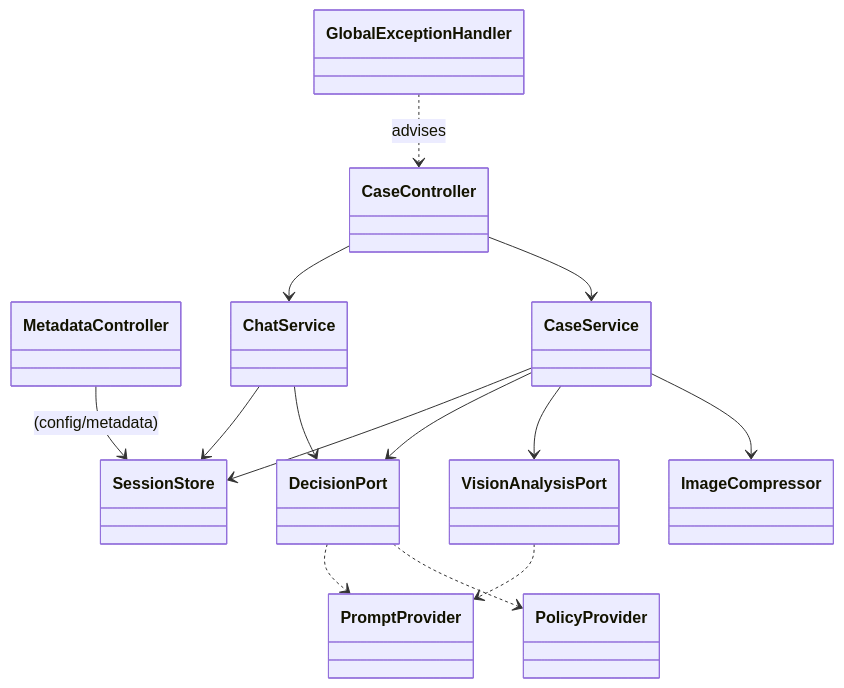
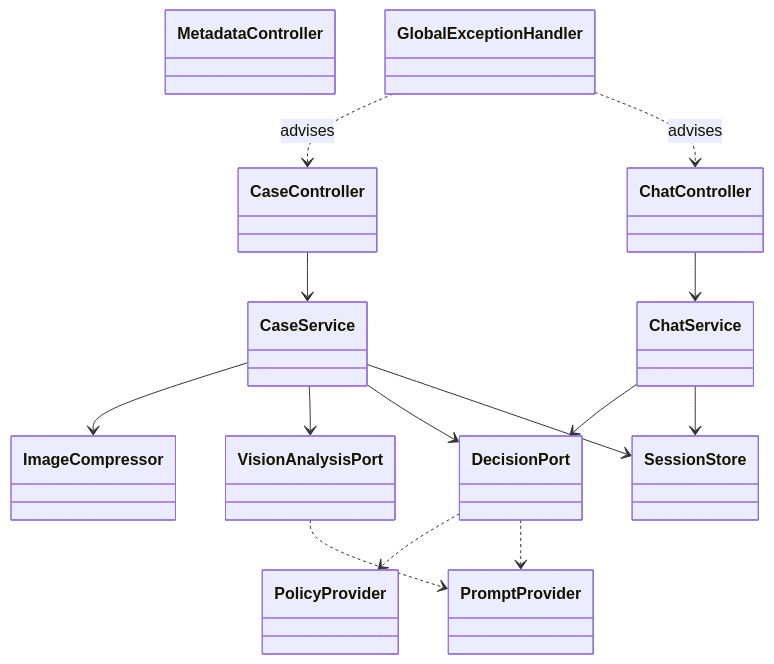
One commit to marcinws/AI-Programming-Course-NBP-22-06-2026 changed the first of 3 diagrams in docs/ADR/001-backend-api.md. Above: the diagram before and after it, drawn with Mermaid. The commit also changed other lines of this file and 5 other files, not shown here.

````diff
--- a/docs/ADR/001-backend-api.md
+++ b/docs/ADR/001-backend-api.md
@@ -129,27 +130,28 @@
 ```mermaid
 classDiagram
     class CaseController
+    class ChatController
     class MetadataController
     class GlobalExceptionHandler
     class CaseService
     class ChatService
     class VisionAnalysisPort
     class DecisionPort
     class ImageCompressor
     class SessionStore
     class PolicyProvider
     class PromptProvider
     CaseController --> CaseService
-    CaseController --> ChatService
-    MetadataController --> SessionStore : (config/metadata)
+    ChatController --> ChatService
     CaseService --> ImageCompressor
     CaseService --> VisionAnalysisPort
     CaseService --> DecisionPort
     CaseService --> SessionStore
     ChatService --> DecisionPort
     ChatService --> SessionStore
     DecisionPort ..> PolicyProvider
     DecisionPort ..> PromptProvider
     VisionAnalysisPort ..> PromptProvider
     GlobalExceptionHandler ..> CaseController : advises
+    GlobalExceptionHandler ..> ChatController : advises
 ```
````
